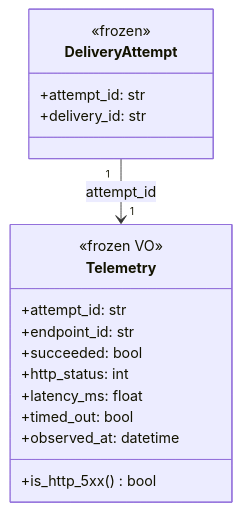
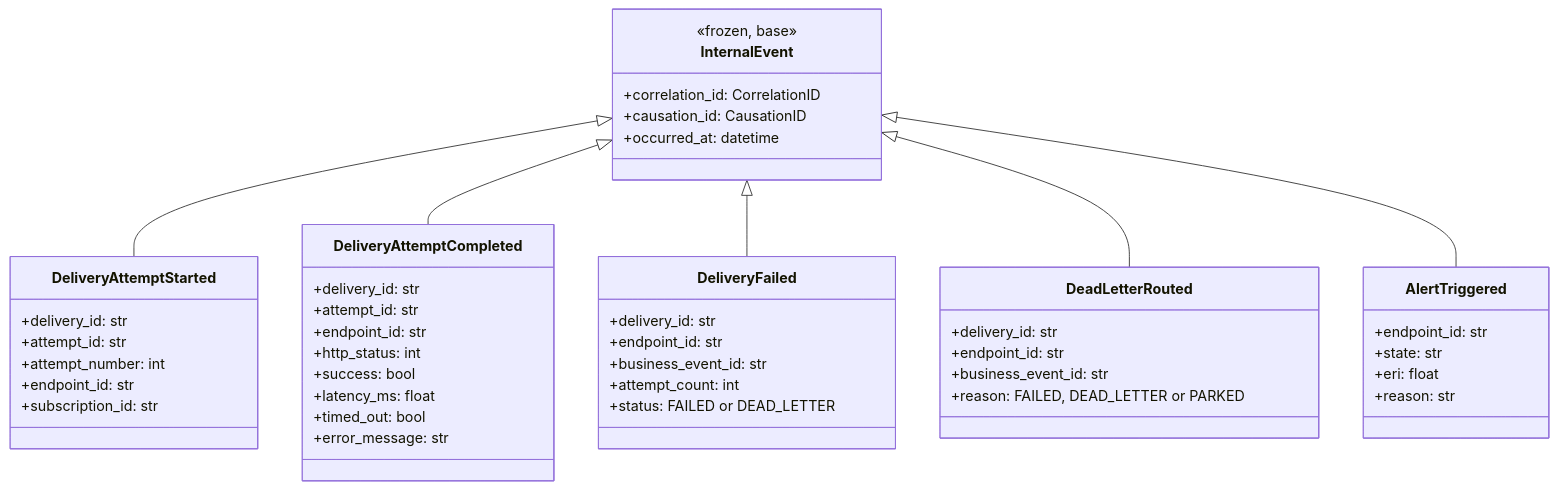
Before and after one commit to RelayForged/relayforge: the sixth of 7 diagrams in docs/Diagrams/data-plane-class-diagram.md, drawn with Mermaid. The commit also changed other lines of this file and 45 other files, not shown here.

````diff
--- a/docs/Diagrams/data-plane-class-diagram.md
+++ b/docs/Diagrams/data-plane-class-diagram.md
@@ -134,24 +347,58 @@
 ```mermaid
 classDiagram
     direction TB
 
-    class Telemetry {
-        <<frozen VO>>
+    class InternalEvent {
+        <<frozen, base>>
+        +correlation_id: CorrelationID
+        +causation_id: CausationID
+        +occurred_at: datetime
+    }
+
+    class DeliveryAttemptStarted {
+        +delivery_id: str
+        +attempt_id: str
+        +attempt_number: int
+        +endpoint_id: str
+        +subscription_id: str
+    }
+
+    class DeliveryAttemptCompleted {
+        +delivery_id: str
         +attempt_id: str
         +endpoint_id: str
-        +succeeded: bool
         +http_status: int
+        +success: bool
         +latency_ms: float
         +timed_out: bool
-        +observed_at: datetime
-        +is_http_5xx() bool
+        +error_message: str
     }
 
-    class DeliveryAttempt {
-        <<frozen>>
-        +attempt_id: str
+    class DeliveryFailed {
         +delivery_id: str
+        +endpoint_id: str
+        +business_event_id: str
+        +attempt_count: int
+        +status: FAILED or DEAD_LETTER
     }
 
-    DeliveryAttempt "1" --> "1" Telemetry : attempt_id
+    class DeadLetterRouted {
+        +delivery_id: str
+        +endpoint_id: str
+        +business_event_id: str
+        +reason: FAILED, DEAD_LETTER or PARKED
+    }
+
+    class AlertTriggered {
+        +endpoint_id: str
+        +state: str
+        +eri: float
+        +reason: str
+    }
+
+    InternalEvent <|-- DeliveryAttemptStarted
+    InternalEvent <|-- DeliveryAttemptCompleted
+    InternalEvent <|-- DeliveryFailed
+    InternalEvent <|-- DeadLetterRouted
+    InternalEvent <|-- AlertTriggered
 ```
````
